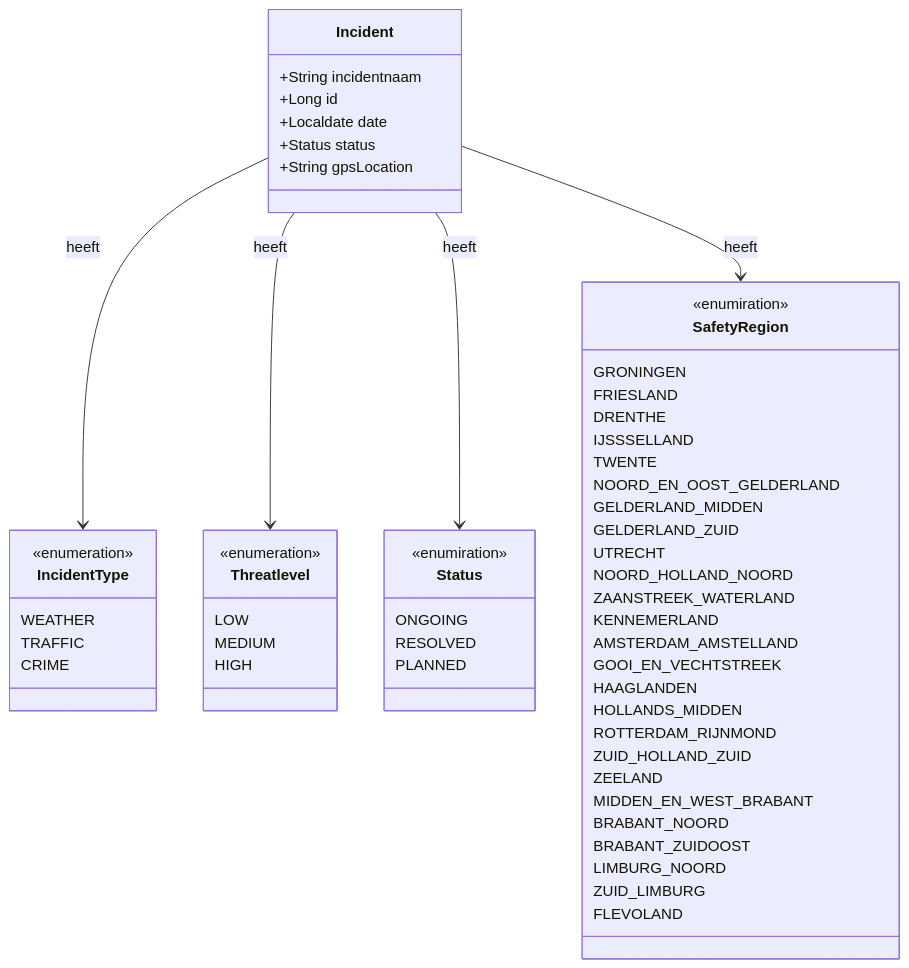
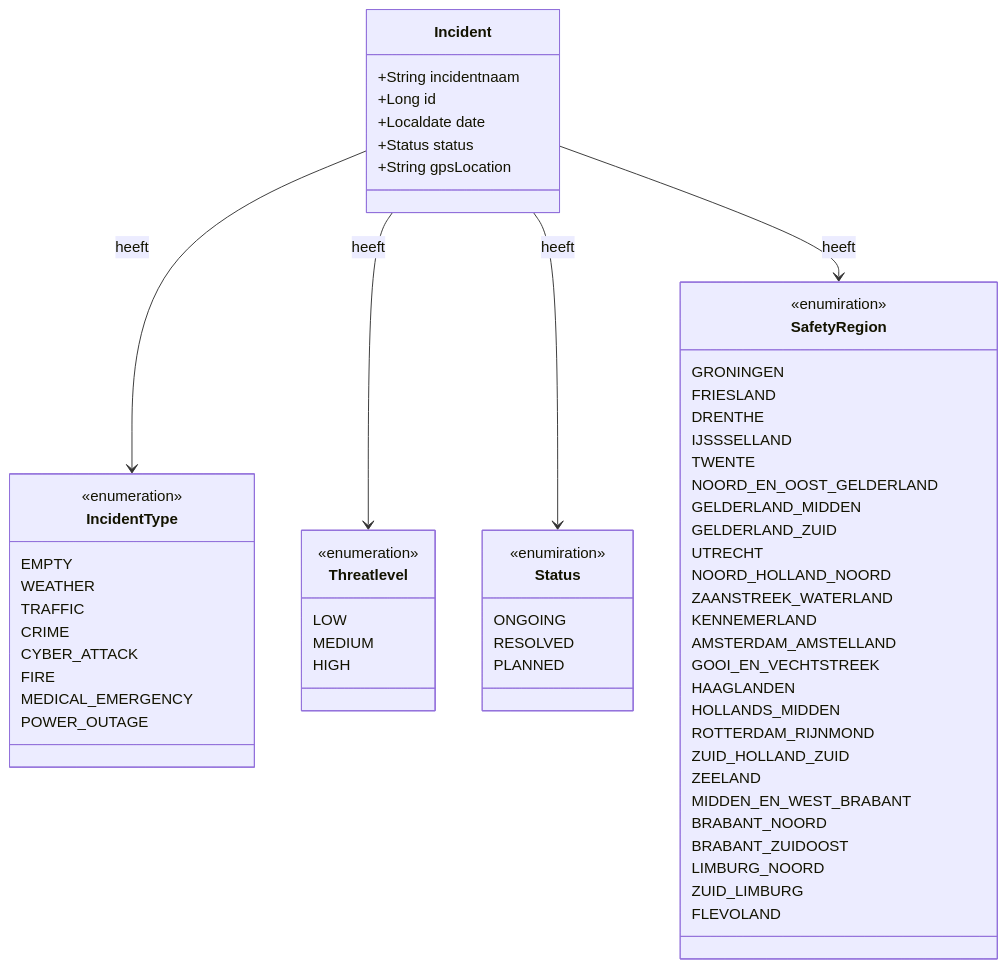
Before and after one commit to Broken-Lad/Smart-city-incident-response-platform: the diagram in documentatie/UML-diagram.md, drawn with Mermaid.

````diff
--- a/documentatie/UML-diagram.md
+++ b/documentatie/UML-diagram.md
@@ -1,65 +1,70 @@
 ```mermaid
 classDiagram
     class Incident {
         +String incidentnaam
         +Long id
         +Localdate date
         +Status status
         +String gpsLocation
     }
 
     class IncidentType {
         <<enumeration>> 
+        EMPTY
         WEATHER
         TRAFFIC
         CRIME
+        CYBER_ATTACK
+        FIRE
+        MEDICAL_EMERGENCY
+        POWER_OUTAGE
     }
 
     class Threatlevel {
         <<enumeration>>
         LOW
         MEDIUM
         HIGH
     }
 
     class Status {
         <<enumiration>>
         ONGOING
         RESOLVED
         PLANNED
     }
 
     class SafetyRegion {
         <<enumiration>>
         GRONINGEN
         FRIESLAND
         DRENTHE
         IJSSSELLAND
         TWENTE
         NOORD_EN_OOST_GELDERLAND
         GELDERLAND_MIDDEN
         GELDERLAND_ZUID
         UTRECHT
         NOORD_HOLLAND_NOORD
         ZAANSTREEK_WATERLAND
         KENNEMERLAND
         AMSTERDAM_AMSTELLAND
         GOOI_EN_VECHTSTREEK
         HAAGLANDEN
         HOLLANDS_MIDDEN
         ROTTERDAM_RIJNMOND
         ZUID_HOLLAND_ZUID
         ZEELAND
         MIDDEN_EN_WEST_BRABANT
         BRABANT_NOORD
         BRABANT_ZUIDOOST
         LIMBURG_NOORD
         ZUID_LIMBURG
         FLEVOLAND
     }
 
     Incident --> IncidentType : heeft
     Incident --> Threatlevel : heeft
     Incident --> Status : heeft
     Incident --> SafetyRegion : heeft
 ```
````
